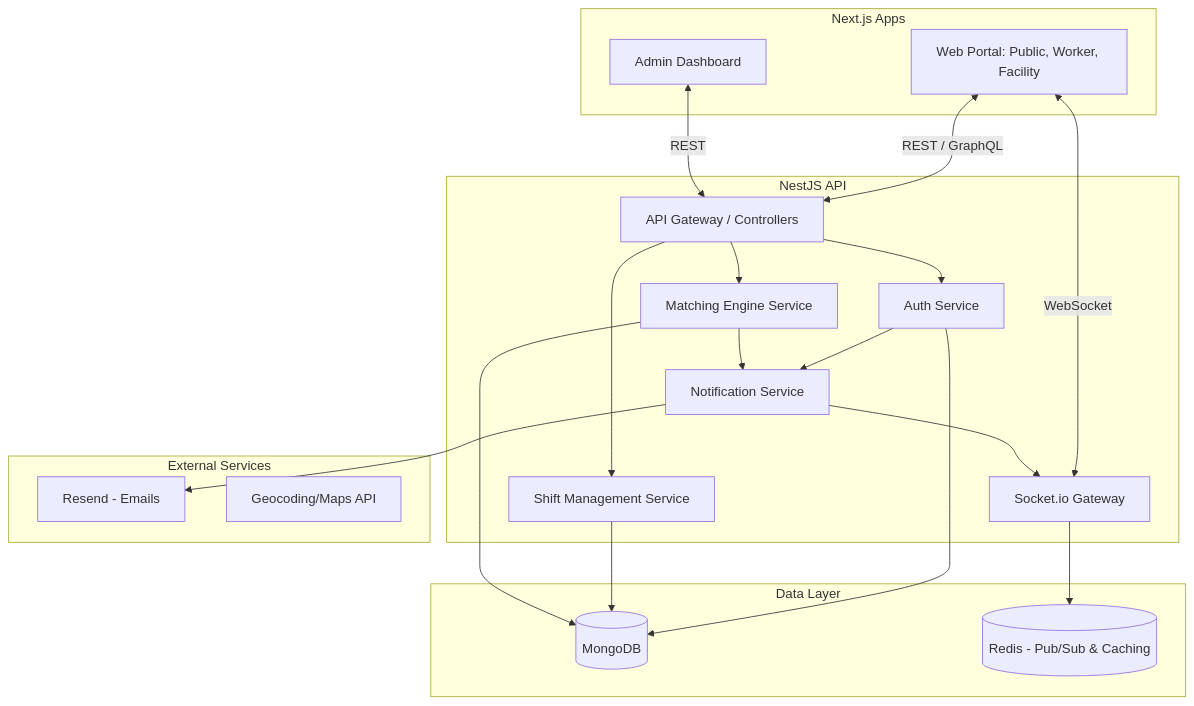
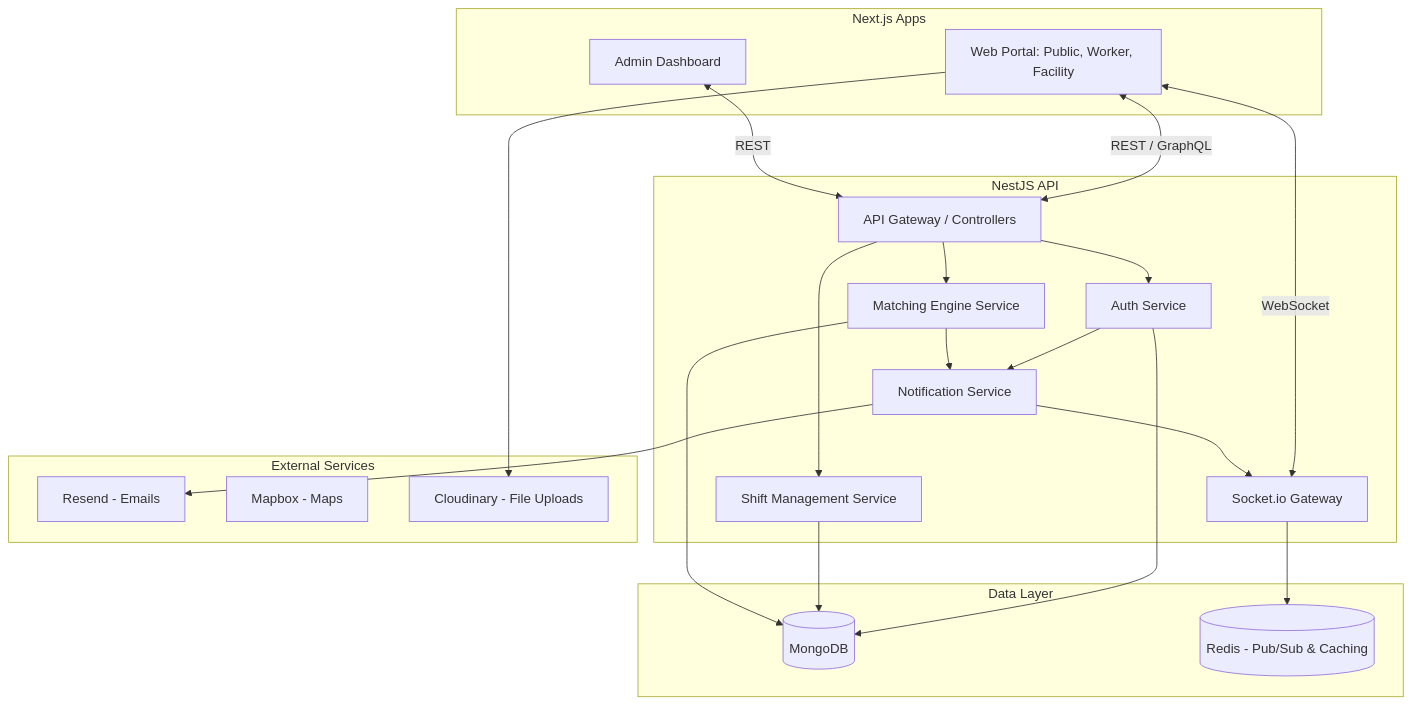
Before and after one commit to ogarpee/MedshiftAPI: the diagram in docs/system_architecture.md, drawn with Mermaid. The commit also changed other lines of this file and 44 other files, not shown here.

````diff
--- a/docs/system_architecture.md
+++ b/docs/system_architecture.md
@@ -9,44 +9,46 @@
 ```mermaid
 graph TD
     subgraph Frontends [Next.js Apps]
         Web[Web Portal: Public, Worker, Facility]
         Admin[Admin Dashboard]
     end
 
     subgraph Backend [NestJS API]
         API_GW[API Gateway / Controllers]
         Auth[Auth Service]
         Shift[Shift Management Service]
         Match[Matching Engine Service]
         Notify[Notification Service]
         WebSocket[Socket.io Gateway]
     end
 
     subgraph Data Layer
         DB[(MongoDB)]
         Redis[(Redis - Pub/Sub & Caching)]
     end
 
     subgraph External Services
         Resend[Resend - Emails]
-        Maps[Geocoding/Maps API]
+        Maps[Mapbox - Maps]
+        Cloudinary[Cloudinary - File Uploads]
     end
 
     Web <-->|REST / GraphQL| API_GW
     Web <-->|WebSocket| WebSocket
     Admin <-->|REST| API_GW
 
     API_GW --> Auth
     API_GW --> Shift
     API_GW --> Match
     
     Auth --> DB
     Auth --> Notify
     Shift --> DB
     Match --> DB
     Match --> Notify
     
     WebSocket --> Redis
     Notify --> Resend
+    Web --> Cloudinary
     Notify --> WebSocket
 ```
````
